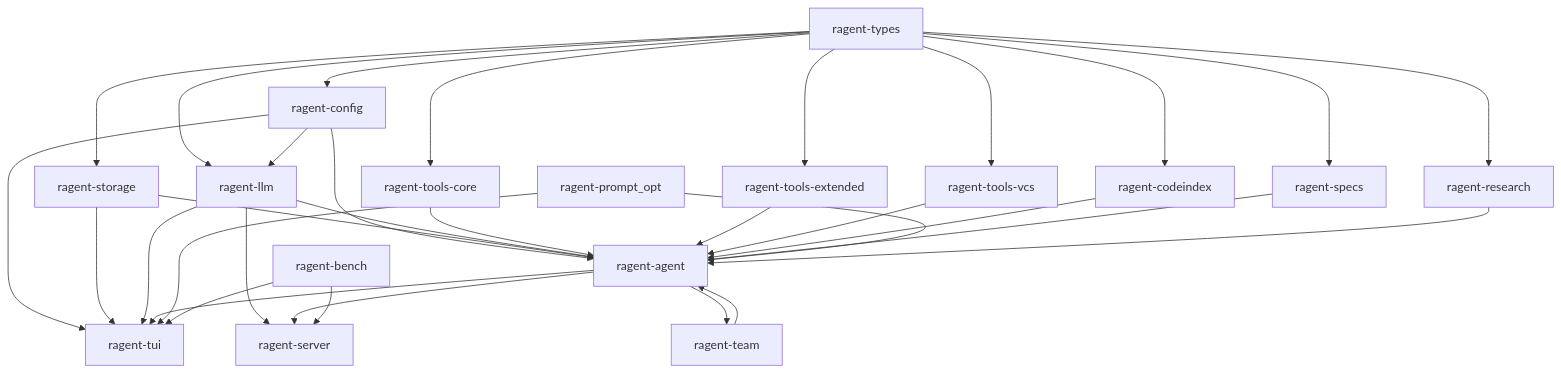
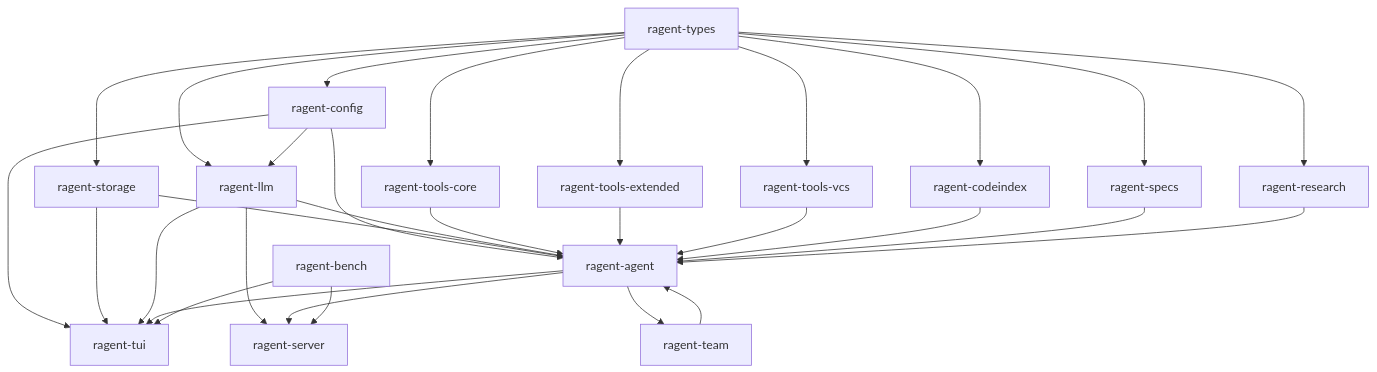
The third of 20 diagrams in SPEC.md (thawkins/ragent), drawn with Mermaid before and after one commit. The commit also changed other lines of this file and 279 other files, not shown here.

````diff
--- a/SPEC.md
+++ b/SPEC.md
@@ -382,51 +378,48 @@
 ```mermaid
 graph TD
     T[ragent-types]
     D[ragent-config]
     S[ragent-storage]
     L[ragent-llm]
     TC[ragent-tools-core]
     TE[ragent-tools-extended]
     TV[ragent-tools-vcs]
     A[ragent-agent]
     TM[ragent-team]
     CI[ragent-codeindex]
     SV[ragent-server]
     TU[ragent-tui]
     SP[ragent-specs]
-    PR[ragent-prompt_opt]
     RS[ragent-research]
     B[ragent-bench]
 
     T --> D
     T --> S
     T --> L
     T --> TC
     T --> TE
     T --> TV
     T --> CI
     T --> SP
     T --> RS
     D --> L
     D --> A
     D --> TU
     S --> A
     S --> TU
     L --> A
     L --> TU
     L --> SV
     TC --> A
     TE --> A
     TV --> A
     A --> TU
     A --> SV
     A --> TM
     TM --> A
     CI --> A
     SP --> A
-    PR --> TU
-    PR --> A
     RS --> A
     B --> TU
     B --> SV
 ```
````
